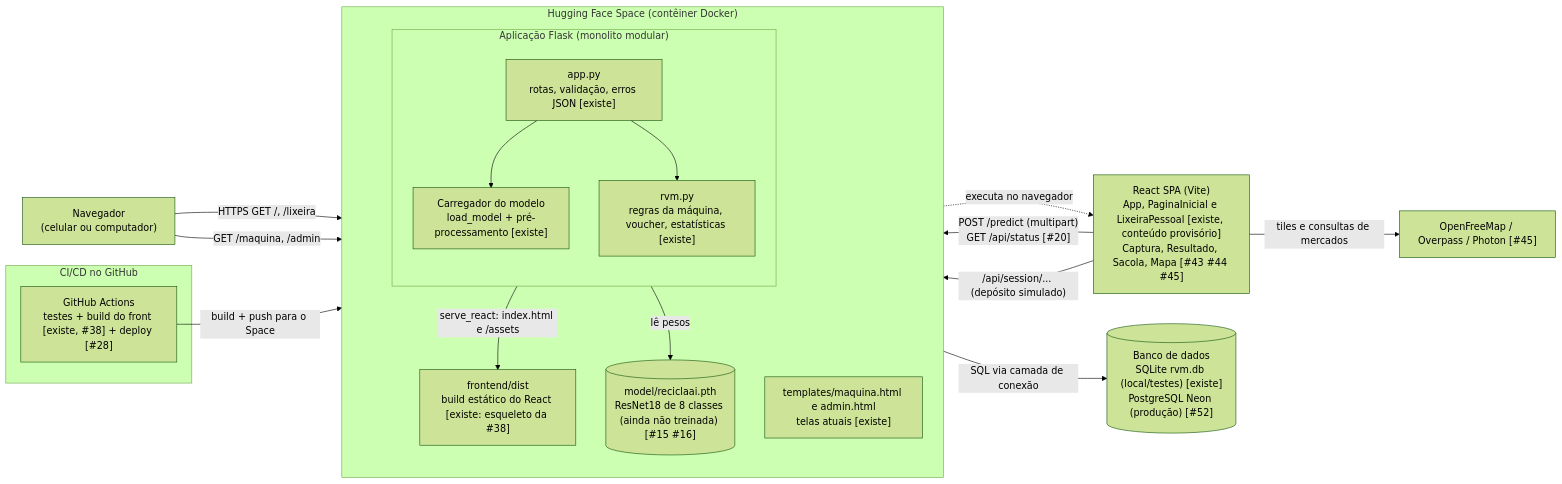
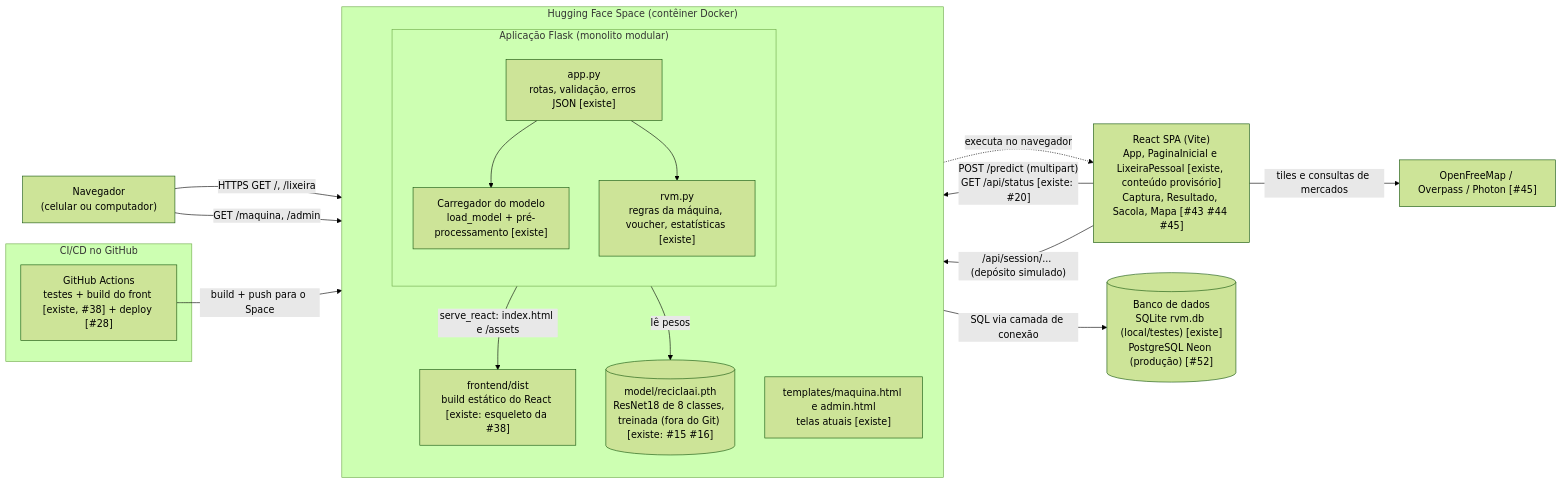
The second of 3 diagrams in docs/arquitetura/arquitetura.md (Ronald-Jesus/reciclaai), drawn with Mermaid (forest theme) before and after one commit. The commit also changed other lines of this file and 19 other files, not shown here.

````diff
--- a/docs/arquitetura/arquitetura.md
+++ b/docs/arquitetura/arquitetura.md
@@ -37,38 +37,38 @@
 ```mermaid
 flowchart LR
     usuario["Navegador<br/>(celular ou computador)"]
 
     subgraph hfspace["Hugging Face Space (contêiner Docker)"]
         direction TB
         subgraph flaskapp["Aplicação Flask (monolito modular)"]
             direction TB
             appPy["app.py<br/>rotas, validação, erros JSON [existe]"]
             loader["Carregador do modelo<br/>load_model + pré-processamento [existe]"]
             rvmPy["rvm.py<br/>regras da máquina, voucher, estatísticas [existe]"]
         end
-        pth[("model/reciclaai.pth<br/>ResNet18 de 8 classes (ainda não treinada) [#15 #16]")]
+        pth[("model/reciclaai.pth<br/>ResNet18 de 8 classes, treinada (fora do Git) [existe: #15 #16]")]
         dist["frontend/dist<br/>build estático do React [existe: esqueleto da #38]"]
         tmpl["templates/maquina.html e admin.html<br/>telas atuais [existe]"]
     end
 
     spa["React SPA (Vite)<br/>App, PaginaInicial e LixeiraPessoal [existe, conteúdo provisório]<br/>Captura, Resultado, Sacola, Mapa [#43 #44 #45]"]
     db[("Banco de dados<br/>SQLite rvm.db (local/testes) [existe]<br/>PostgreSQL Neon (produção) [#52]")]
     osm["OpenFreeMap / Overpass / Photon [#45]"]
 
     subgraph cicd["CI/CD no GitHub"]
         actions["GitHub Actions<br/>testes + build do front [existe, #38] + deploy [#28]"]
     end
 
     usuario -->|"HTTPS GET /, /lixeira"| appPy
     appPy -->|"serve_react: index.html e /assets"| dist
     dist -.->|"executa no navegador"| spa
-    spa -->|"POST /predict (multipart)<br/>GET /api/status [#20]"| appPy
+    spa -->|"POST /predict (multipart)<br/>GET /api/status [existe: #20]"| appPy
     spa -->|"/api/session/... (depósito simulado)"| appPy
     usuario -->|"GET /maquina, /admin"| tmpl
     appPy --> loader
     loader -->|"lê pesos"| pth
     appPy --> rvmPy
     rvmPy -->|"SQL via camada de conexão"| db
     spa -->|"tiles e consultas de mercados"| osm
     actions -->|"build + push para o Space"| hfspace
 ```
````
